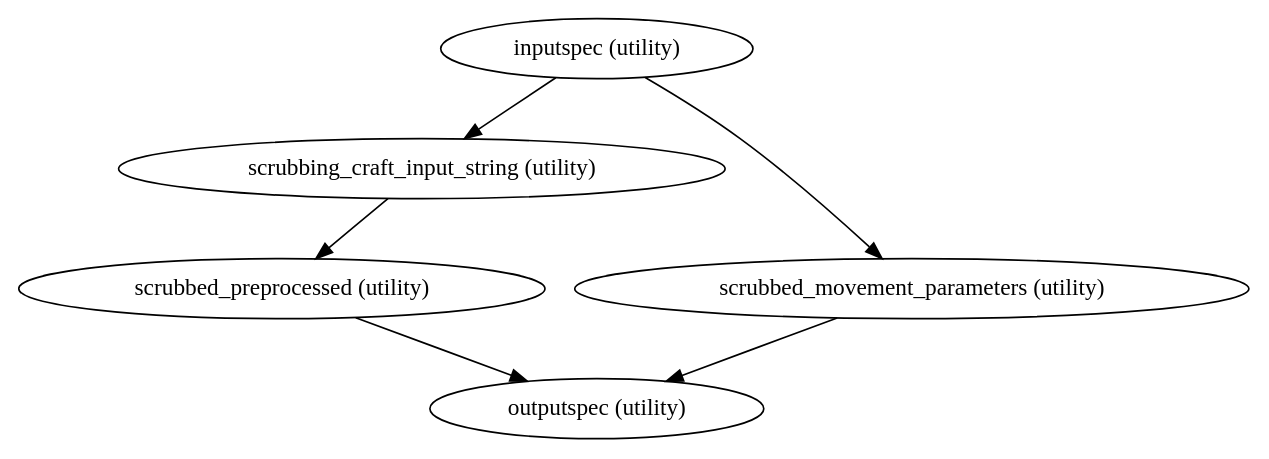
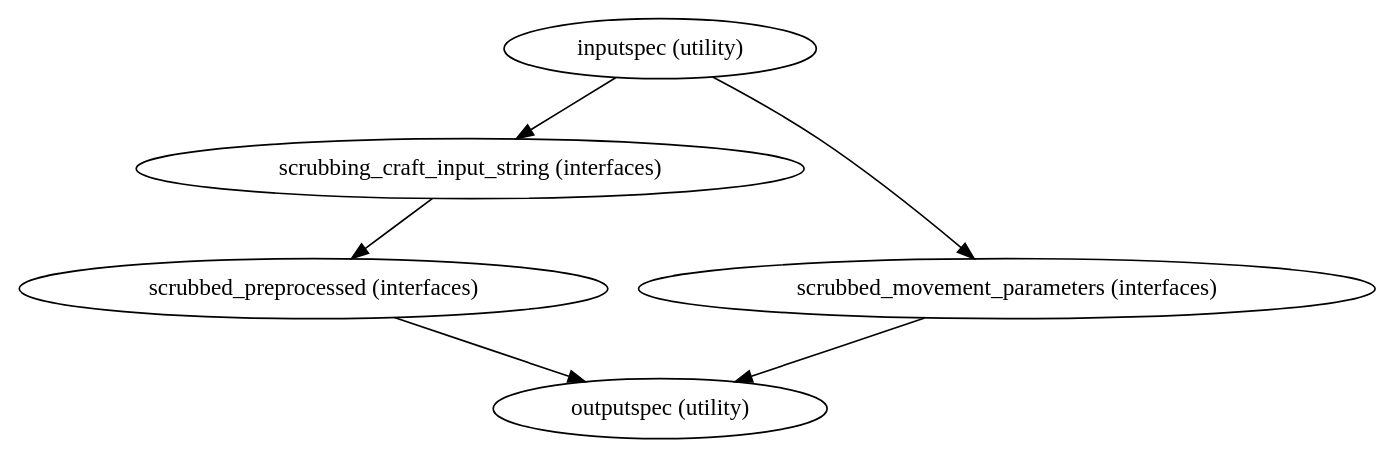
The diagram in docs/nightly/developer/workflows/images/generated/scrubbing.dot (FCP-INDI/fcp-indi.github.io), drawn with Graphviz before and after one commit. The commit also changed 280 other files, not shown here.

```diff
--- a/docs/nightly/developer/workflows/images/generated/scrubbing.dot
+++ b/docs/nightly/developer/workflows/images/generated/scrubbing.dot
@@ -1,12 +1,12 @@
-strict digraph  {
+strict digraph {
 "inputspec (utility)";
-"scrubbing_craft_input_string (utility)";
-"scrubbed_movement_parameters (utility)";
-"scrubbed_preprocessed (utility)";
+"scrubbing_craft_input_string (interfaces)";
+"scrubbed_movement_parameters (interfaces)";
+"scrubbed_preprocessed (interfaces)";
 "outputspec (utility)";
-"inputspec (utility)" -> "scrubbing_craft_input_string (utility)";
-"inputspec (utility)" -> "scrubbed_movement_parameters (utility)";
-"scrubbing_craft_input_string (utility)" -> "scrubbed_preprocessed (utility)";
-"scrubbed_movement_parameters (utility)" -> "outputspec (utility)";
-"scrubbed_preprocessed (utility)" -> "outputspec (utility)";
+"inputspec (utility)" -> "scrubbing_craft_input_string (interfaces)";
+"inputspec (utility)" -> "scrubbed_movement_parameters (interfaces)";
+"scrubbing_craft_input_string (interfaces)" -> "scrubbed_preprocessed (interfaces)";
+"scrubbed_movement_parameters (interfaces)" -> "outputspec (utility)";
+"scrubbed_preprocessed (interfaces)" -> "outputspec (utility)";
 }
```
